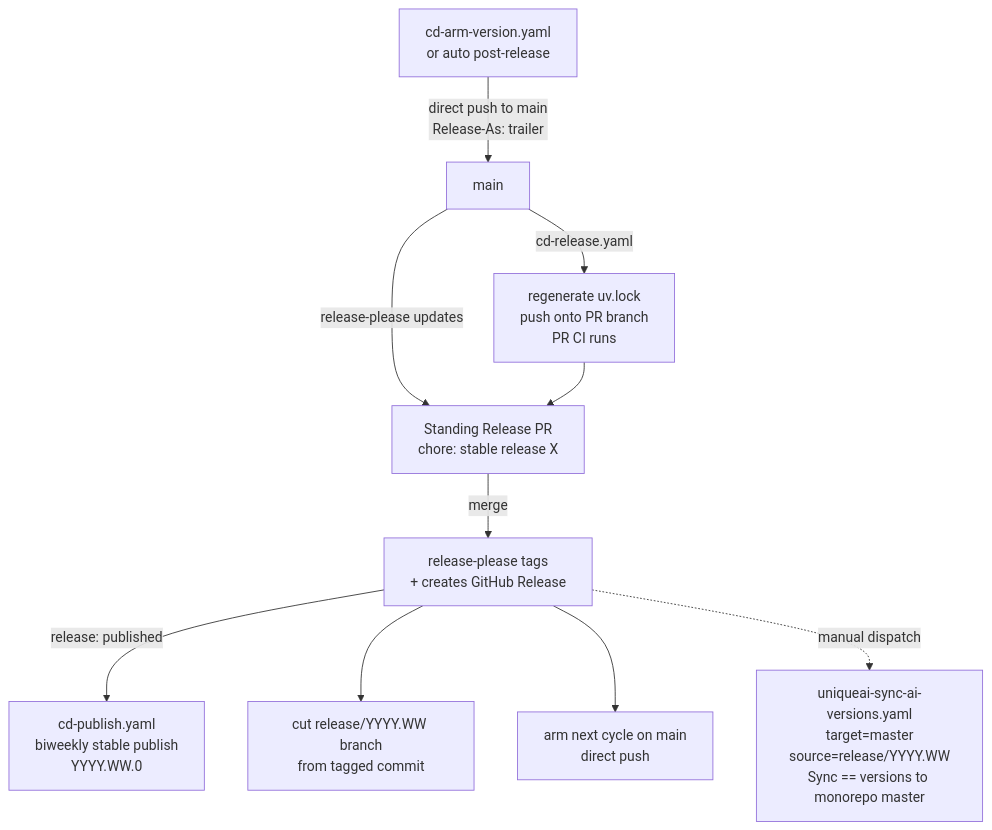
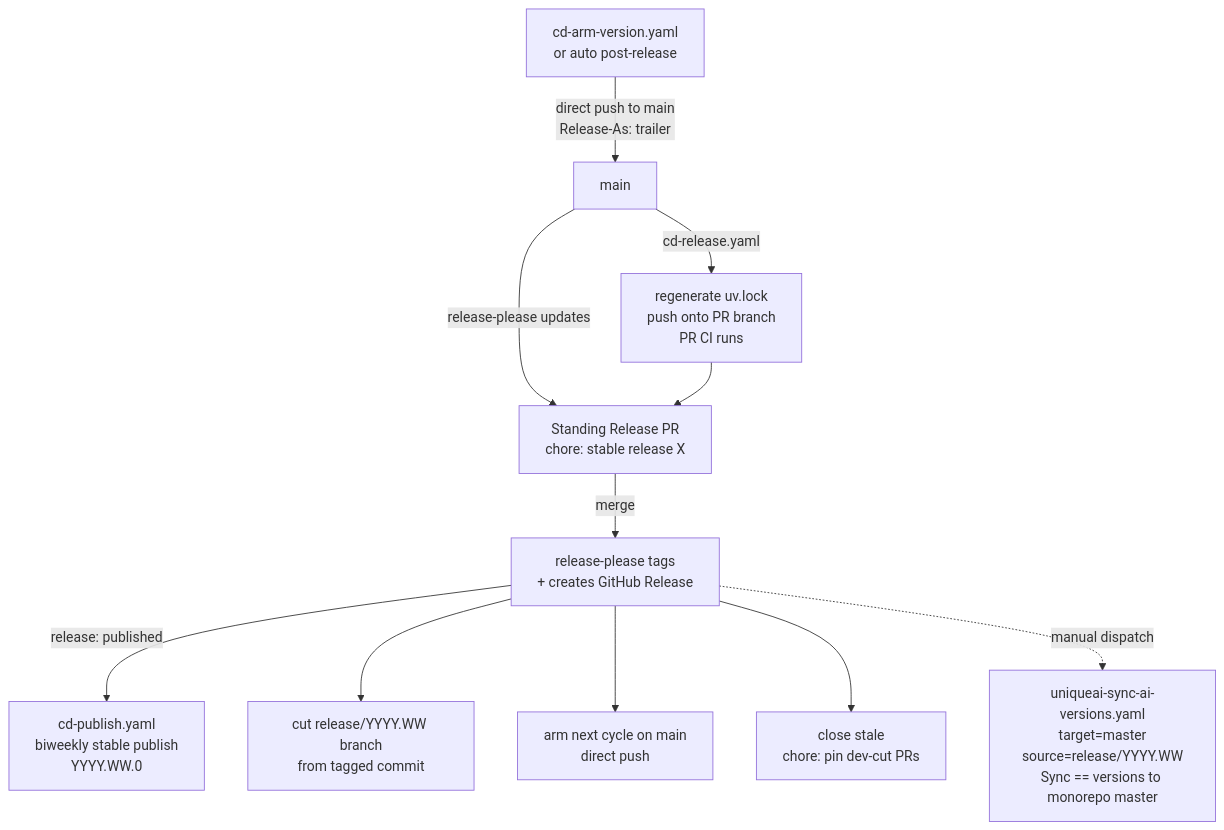
The third of 4 diagrams in docs/contributing/release-process.md (Unique-AG/ai), drawn with Mermaid before and after one commit. The commit also changed other lines of this file and 1 other file, not shown here.

First line of the commit message:
ci(release): close stale dev-cut bump PRs after stable release

````diff
--- a/docs/contributing/release-process.md
+++ b/docs/contributing/release-process.md
@@ -183,12 +183,13 @@
 ```mermaid
 flowchart TD
     ARM[cd-arm-version.yaml<br/>or auto post-release] -->|direct push to main<br/>Release-As: trailer| MAIN[main]
     MAIN -->|release-please updates| RPR[Standing Release PR<br/>chore: stable release X]
     MAIN -->|cd-release.yaml| LOCK[regenerate uv.lock<br/>push onto PR branch<br/>PR CI runs]
     LOCK --> RPR
     RPR -->|merge| TAG[release-please tags<br/>+ creates GitHub Release]
     TAG -->|release: published| PUB[cd-publish.yaml<br/>biweekly stable publish<br/>YYYY.WW.0]
     TAG --> CUT[cut release/YYYY.WW branch<br/>from tagged commit]
     TAG --> NEXT[arm next cycle on main<br/>direct push]
+    TAG --> CLOSE[close stale<br/>chore: pin dev-cut PRs]
     TAG -.manual dispatch.-> SYNC[uniqueai-sync-ai-versions.yaml<br/>target=master<br/>source=release/YYYY.WW<br/>Sync == versions to monorepo master]
 ```
````
